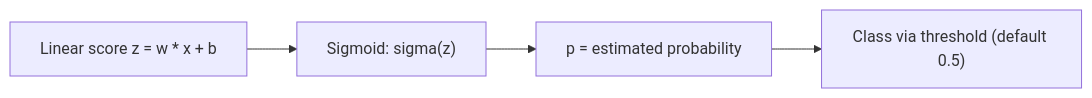
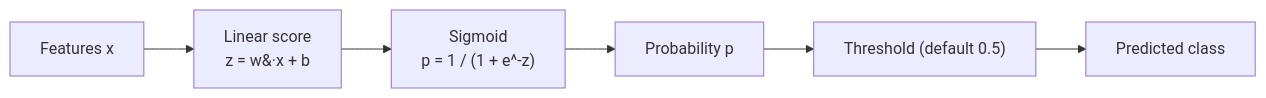
One commit to Ravikisha/PythonCentralHub changed the diagram in src/content/docs/Machine Learning/Phase 04 - Supervised Learning - Classification/Logistic Regression (Binary vs Multiclass).mdx. Above: the diagram before and after it, drawn with Mermaid. The commit also changed other lines of this file and 1327 other files, not shown here.

````diff
--- a/src/content/docs/Machine Learning/Phase 04 - Supervised Learning - Classification/Logistic Regression (Binary vs Multiclass).mdx
+++ b/src/content/docs/Machine Learning/Phase 04 - Supervised Learning - Classification/Logistic Regression (Binary vs Multiclass).mdx
@@ -26,6 +33,8 @@
 ```mermaid
 flowchart LR
-  Z["Linear score z = w * x + b"] --> S["Sigmoid: sigma(z)"]
-  S --> P["p = estimated probability"]
-  P --> Y["Class via threshold (default 0.5)"]
+  X["Features x"] --> Z["Linear score<br/>z = w&#183;x + b"]
+  Z --> S["Sigmoid<br/>p = 1 / (1 + e^-z)"]
+  S --> P["Probability p"]
+  P --> T["Threshold (default 0.5)"]
+  T --> Y["Predicted class"]
 ```
````
